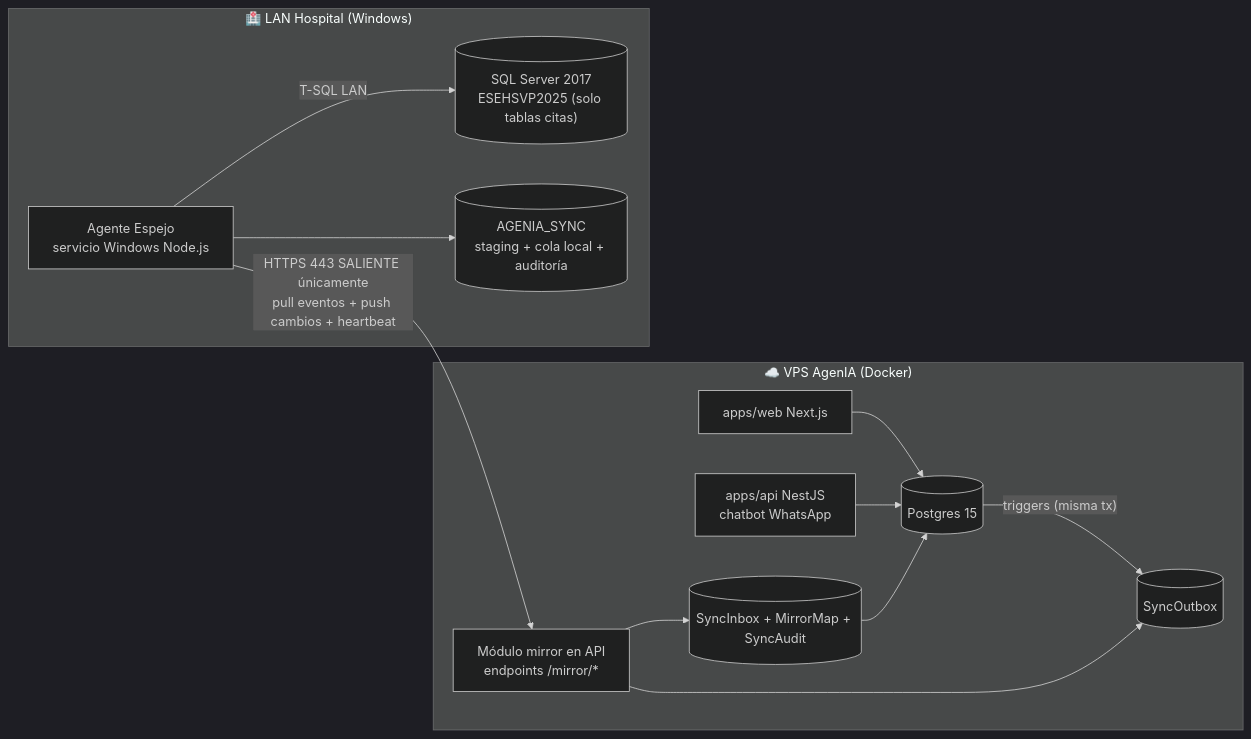
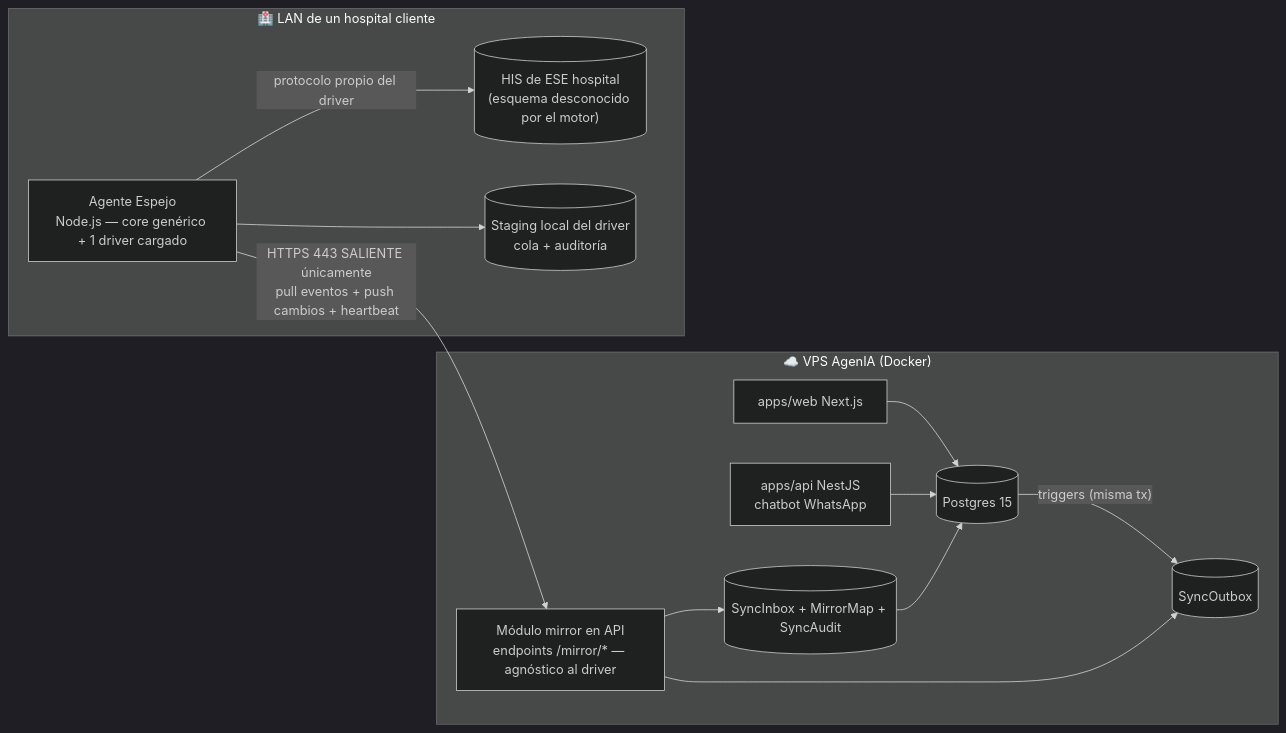
One commit to amartinezh/ai-booking changed the diagram in docs/PLAN_ESPEJO_HOSPITAL.md. Above: the diagram before and after it, drawn with Mermaid (dark theme). The commit also changed other lines of this file and 6 other files, not shown here.

````diff
--- a/docs/PLAN_ESPEJO_HOSPITAL.md
+++ b/docs/PLAN_ESPEJO_HOSPITAL.md
@@ -89,18 +170,18 @@
 ```mermaid
 flowchart LR
   subgraph NUBE["☁️ VPS AgenIA (Docker)"]
     WEB[apps/web Next.js] --> PG[(Postgres 15)]
     API[apps/api NestJS<br/>chatbot WhatsApp] --> PG
     PG -- "triggers (misma tx)" --> OUTBOX[(SyncOutbox)]
-    MIRROR[Módulo mirror en API<br/>endpoints /mirror/*] --> OUTBOX
+    MIRROR[Módulo mirror en API<br/>endpoints /mirror/* — agnóstico al driver] --> OUTBOX
     MIRROR --> INBOX[(SyncInbox + MirrorMap + SyncAudit)]
     INBOX --> PG
   end
 
-  subgraph HOSPITAL["🏥 LAN Hospital (Windows)"]
-    AGENT[Agente Espejo<br/>servicio Windows Node.js] -->|"T-SQL LAN"| MSSQL[("SQL Server 2017<br/>ESEHSVP2025 (solo tablas citas)")]
-    AGENT --> SYNCDB[("AGENIA_SYNC<br/>staging + cola local + auditoría")]
+  subgraph HOSPITAL["🏥 LAN de un hospital cliente"]
+    AGENT[Agente Espejo<br/>Node.js — core genérico + 1 driver cargado] -->|"protocolo propio del driver"| HIS[("HIS de ESE hospital<br/>(esquema desconocido por el motor)")]
+    AGENT --> SYNCDB[("Staging local del driver<br/>cola + auditoría")]
   end
 
   AGENT -- "HTTPS 443 SALIENTE únicamente<br/>pull eventos + push cambios + heartbeat" --> MIRROR
 ```
````
